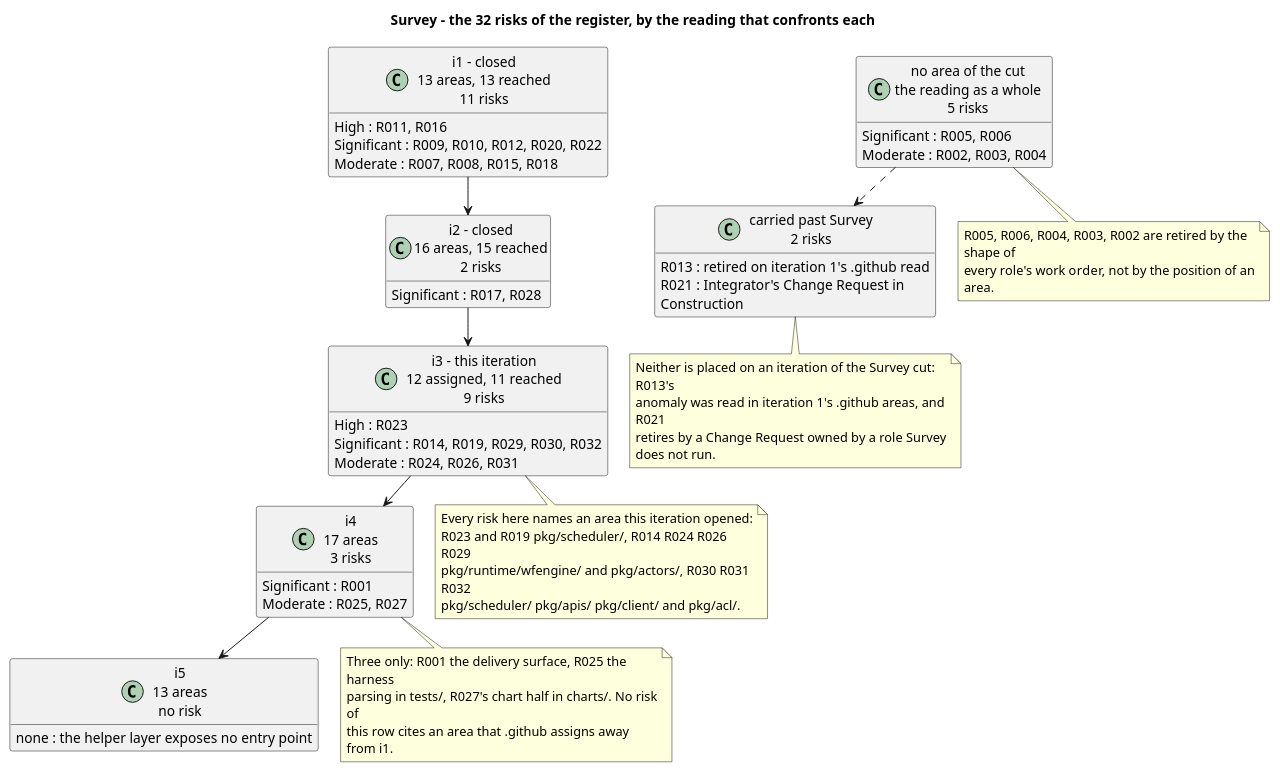
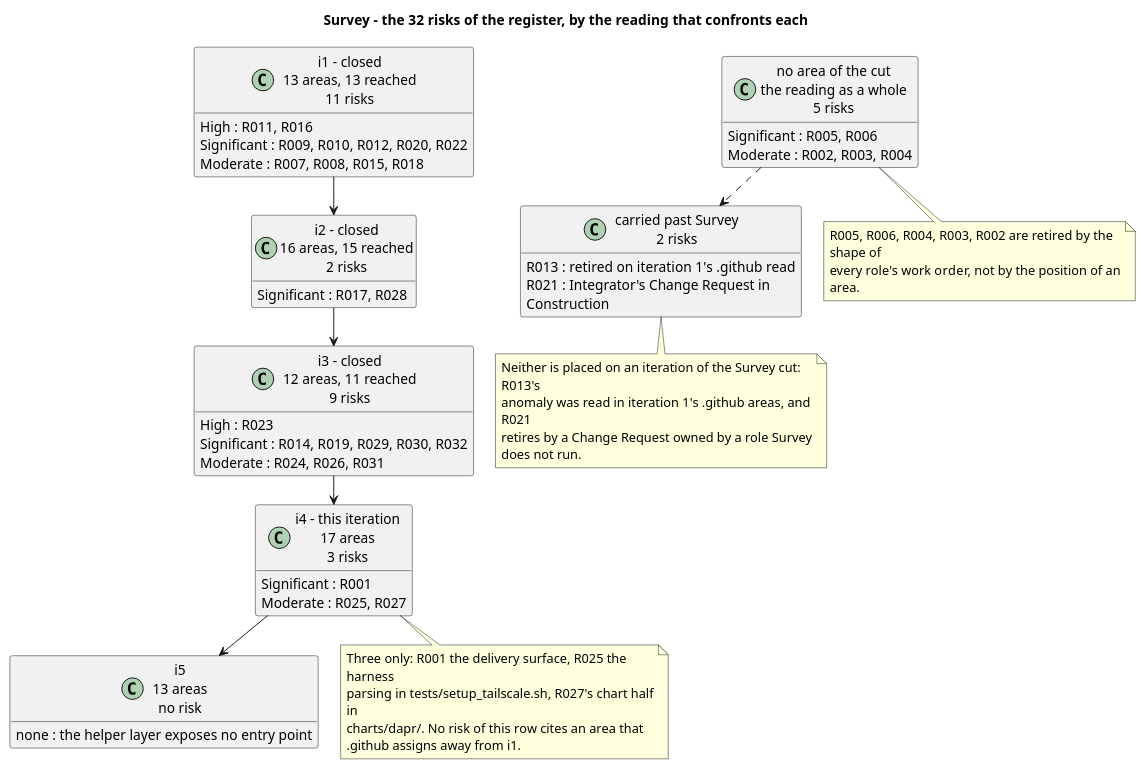
Before and after one commit to banense-test/dapr: the third of 3 diagrams in docs/artifacts/project-management/iteration-plan.md, drawn with PlantUML. The commit also changed other lines of this file, not shown here.

First line of the commit message:
Project Manager [Survey4]: upsert Iteration Plan

````diff
--- a/docs/artifacts/project-management/iteration-plan.md
+++ b/docs/artifacts/project-management/iteration-plan.md
@@ -178,72 +181,67 @@
 ```plantuml
 @startuml
 title Survey - the 32 risks of the register, by the reading that confronts each
 hide empty members
 skinparam classAttributeIconSize 0
 skinparam wrapWidth 320
 skinparam nodesep 22
 skinparam ranksep 30
 
 class "i1 - closed\n13 areas, 13 reached\n11 risks" as I1 {
   High : R011, R016
   Significant : R009, R010, R012, R020, R022
   Moderate : R007, R008, R015, R018
 }
 
 class "i2 - closed\n16 areas, 15 reached\n2 risks" as I2 {
   Significant : R017, R028
 }
 
-class "i3 - this iteration\n12 assigned, 11 reached\n9 risks" as I3 {
+class "i3 - closed\n12 areas, 11 reached\n9 risks" as I3 {
   High : R023
   Significant : R014, R019, R029, R030, R032
   Moderate : R024, R026, R031
 }
 
-class "i4\n17 areas\n3 risks" as I4 {
+class "i4 - this iteration\n17 areas\n3 risks" as I4 {
   Significant : R001
   Moderate : R025, R027
 }
 
 class "i5\n13 areas\nno risk" as I5 {
   none : the helper layer exposes no entry point
 }
 
 class "no area of the cut\nthe reading as a whole\n5 risks" as W {
   Significant : R005, R006
   Moderate : R002, R003, R004
 }
 
 class "carried past Survey\n2 risks" as C {
   R013 : retired on iteration 1's .github read
   R021 : Integrator's Change Request in Construction
 }
 
 I1 --> I2
 I2 --> I3
 I3 --> I4
 I4 --> I5
 W ..> C
 
-note bottom of I3
-  Every risk here names an area this iteration opened:
-  R023 and R019 pkg/scheduler/, R014 R024 R026 R029
-  pkg/runtime/wfengine/ and pkg/actors/, R030 R031 R032
-  pkg/scheduler/ pkg/apis/ pkg/client/ and pkg/acl/.
-end note
 note bottom of I4
   Three only: R001 the delivery surface, R025 the harness
-  parsing in tests/, R027's chart half in charts/. No risk of
-  this row cites an area that .github assigns away from i1.
+  parsing in tests/setup_tailscale.sh, R027's chart half in
+  charts/dapr/. No risk of this row cites an area that
+  .github assigns away from i1.
 end note
 note bottom of W
   R005, R006, R004, R003, R002 are retired by the shape of
   every role's work order, not by the position of an area.
 end note
 note bottom of C
   Neither is placed on an iteration of the Survey cut: R013's
   anomaly was read in iteration 1's .github areas, and R021
   retires by a Change Request owned by a role Survey does not run.
 end note
 @enduml
 ```
````
